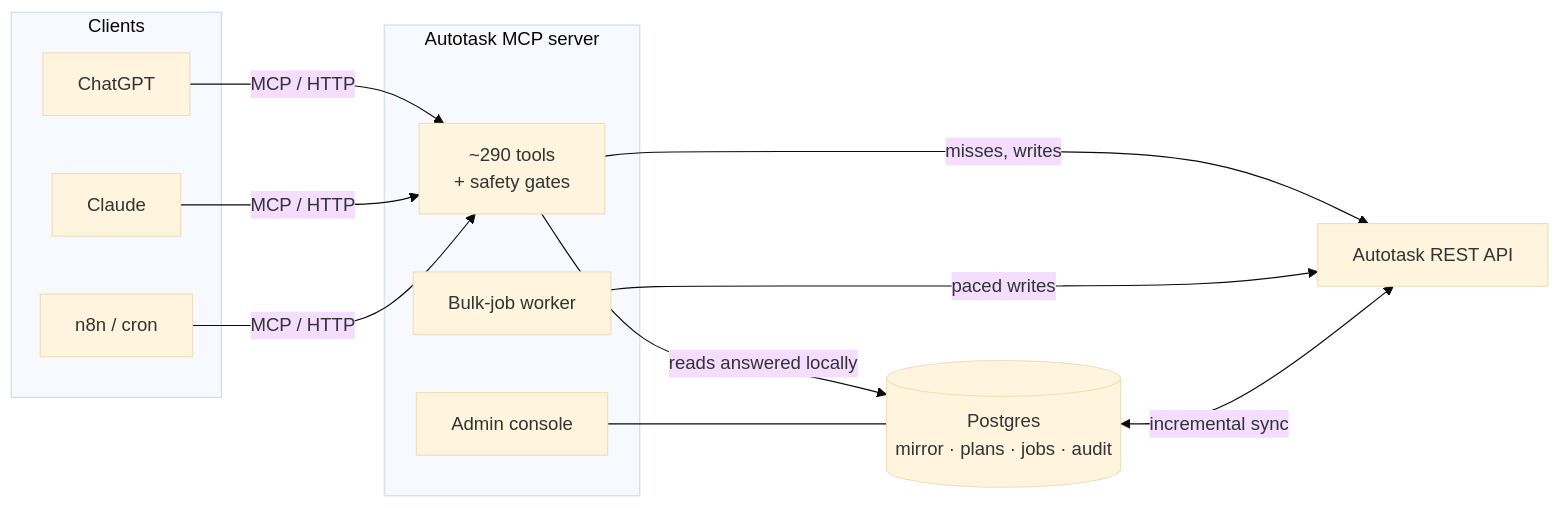
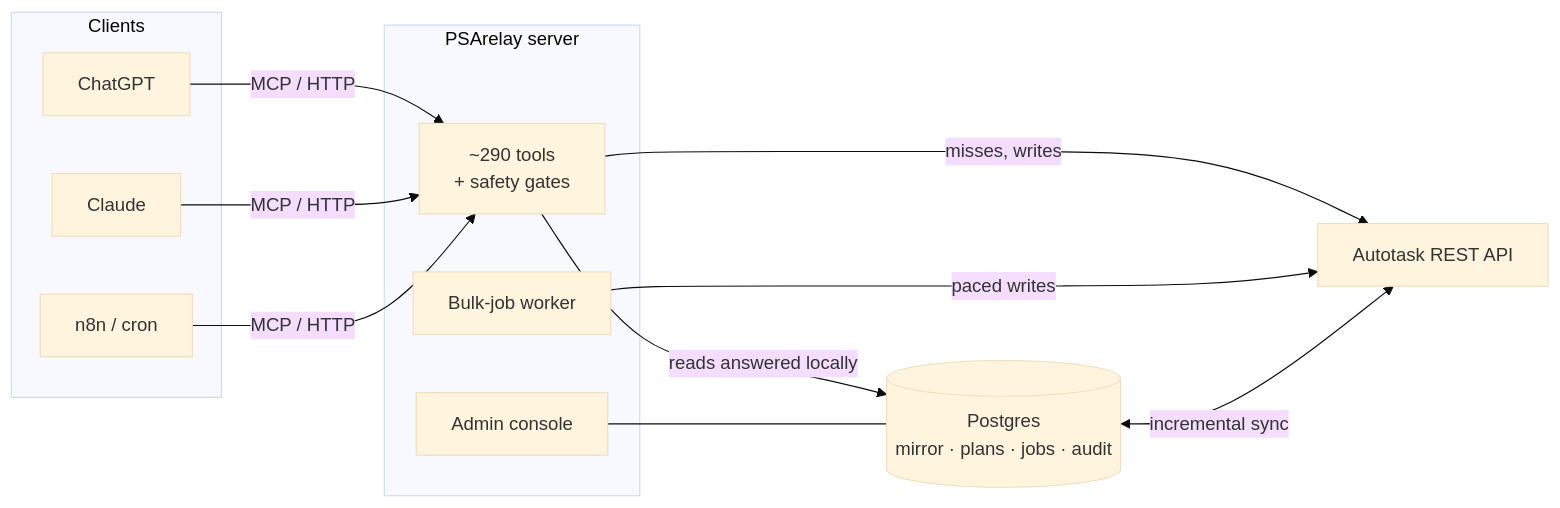
The diagram in README.md (GDSTechnology/autotask-mcp), drawn with Mermaid (base theme) before and after one commit. The commit also changed other lines of this file and 59 other files, not shown here.

````diff
--- a/README.md
+++ b/README.md
@@ -57,21 +64,21 @@
 ```mermaid
 flowchart LR
   subgraph Clients
     GPT[ChatGPT]
     CL[Claude]
     N8N[n8n / cron]
   end
-  subgraph MCP[Autotask MCP server]
+  subgraph MCP[PSArelay server]
     T[~290 tools<br/>+ safety gates]
     W[Bulk-job worker]
     C[Admin console]
   end
   PG[(Postgres<br/>mirror · plans · jobs · audit)]
   AT[Autotask REST API]
   GPT & CL & N8N -->|MCP / HTTP| T
   T -->|reads answered locally| PG
   T -->|misses, writes| AT
   W -->|paced writes| AT
   PG <-->|incremental sync| AT
   C --- PG
 ```
````
